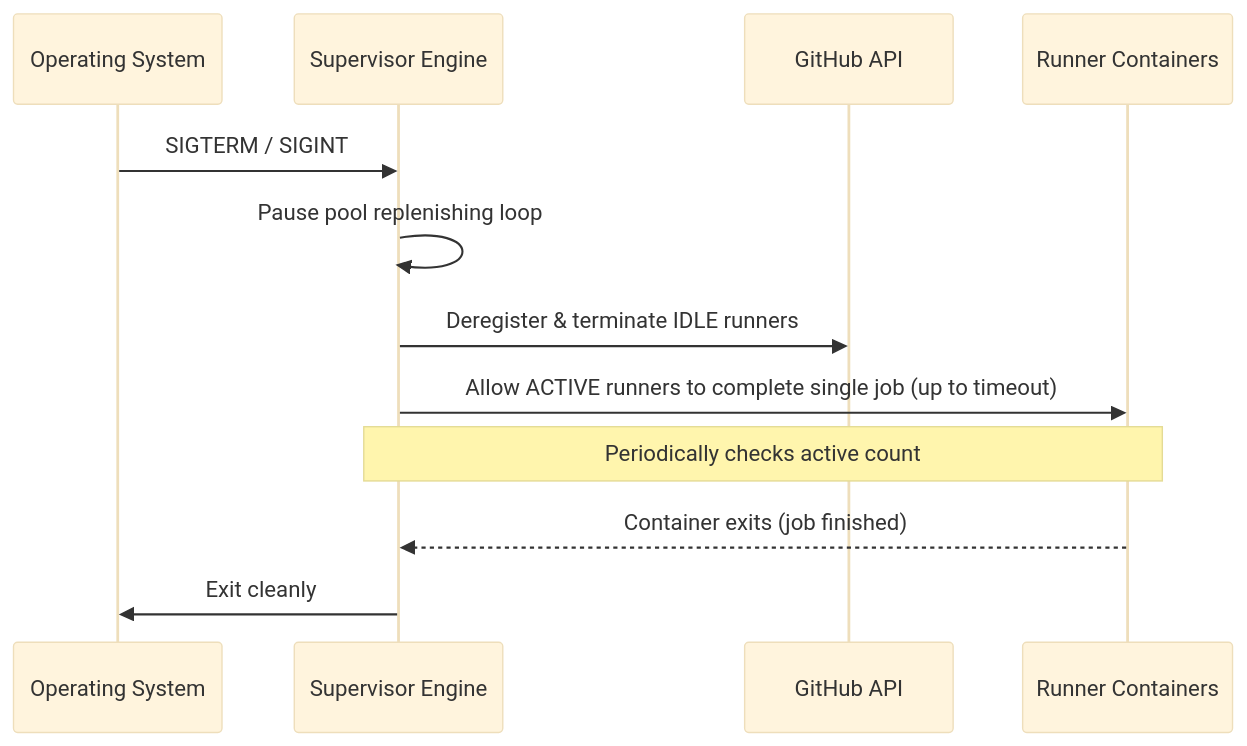
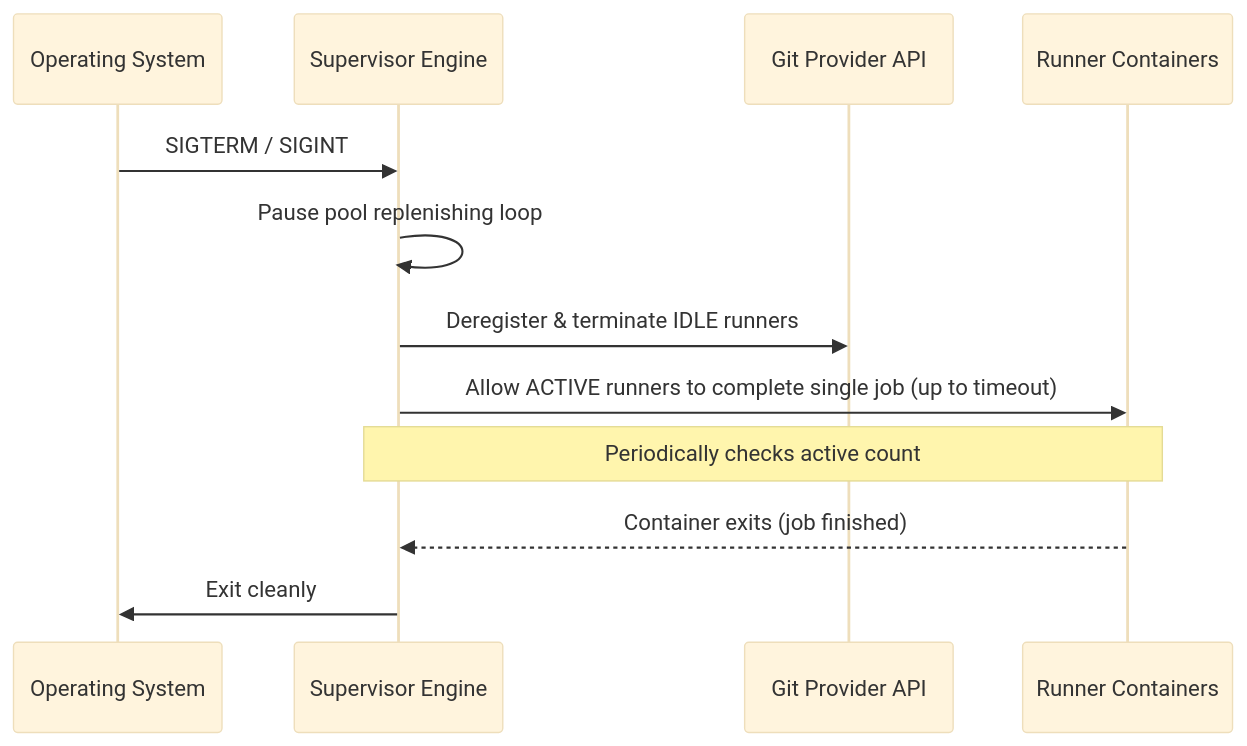
One commit to noosxe/gh-runner changed the diagram in docs/design_stub.md. Above: the diagram before and after it, drawn with Mermaid (base theme). The commit also changed other lines of this file and 4 other files, not shown here.

````diff
--- a/docs/design_stub.md
+++ b/docs/design_stub.md
@@ -109,15 +111,15 @@
 ```mermaid
 sequenceDiagram
     participant OS as Operating System
     participant SV as Supervisor Engine
-    participant GH as GitHub API
+    participant GP as Git Provider API
     participant RC as Runner Containers
     
     OS->>SV: SIGTERM / SIGINT
     SV->>SV: Pause pool replenishing loop
-    SV->>GH: Deregister & terminate IDLE runners
+    SV->>GP: Deregister & terminate IDLE runners
     SV->>RC: Allow ACTIVE runners to complete single job (up to timeout)
     Note over SV,RC: Periodically checks active count
     RC-->>SV: Container exits (job finished)
     SV->>OS: Exit cleanly
 ```
````
